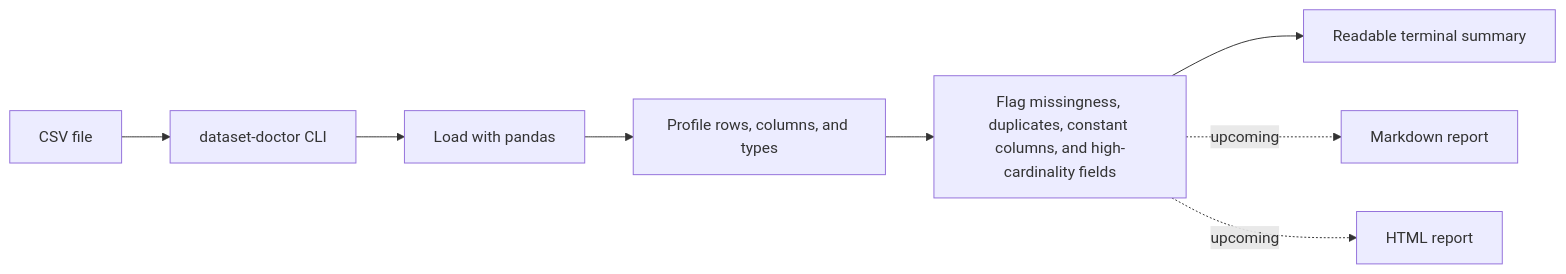
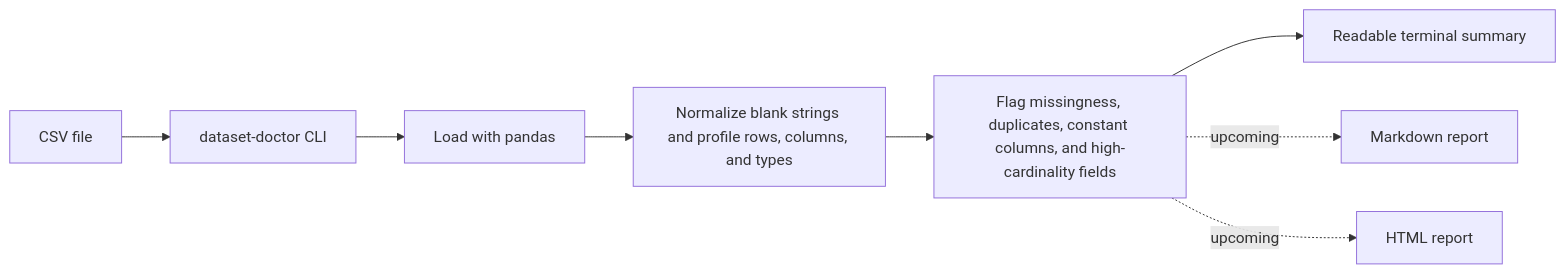
The diagram in README.md (addaan1/dataset-doctor), drawn with Mermaid before and after one commit. The commit also changed other lines of this file and 10 other files, not shown here.

````diff
--- a/README.md
+++ b/README.md
@@ -87,10 +121,10 @@
 ```mermaid
 flowchart LR
     A[CSV file] --> B[dataset-doctor CLI]
     B --> C[Load with pandas]
-    C --> D[Profile rows, columns, and types]
+    C --> D[Normalize blank strings and profile rows, columns, and types]
     D --> E[Flag missingness, duplicates, constant columns, and high-cardinality fields]
     E --> F[Readable terminal summary]
     E -. upcoming .-> G[Markdown report]
     E -. upcoming .-> H[HTML report]
 ```
````
